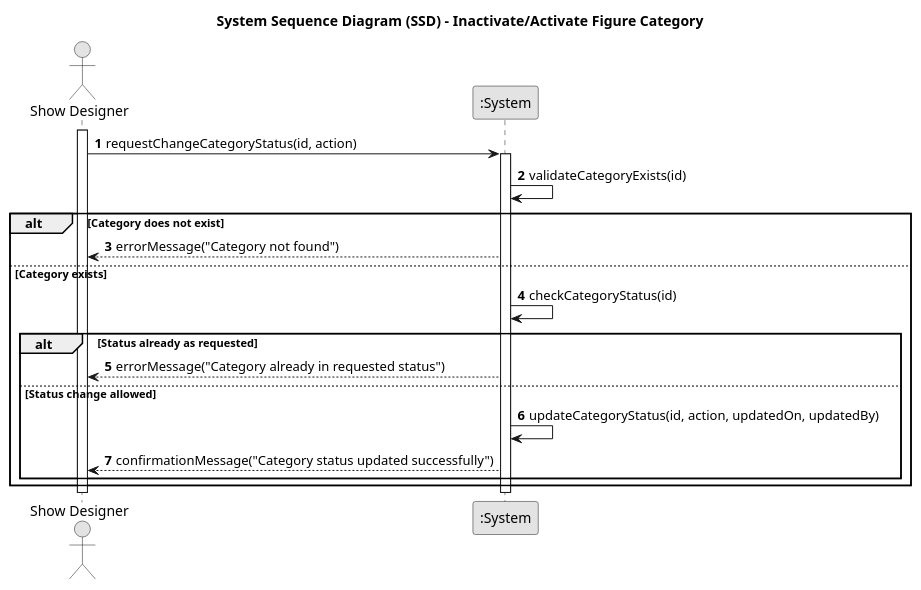
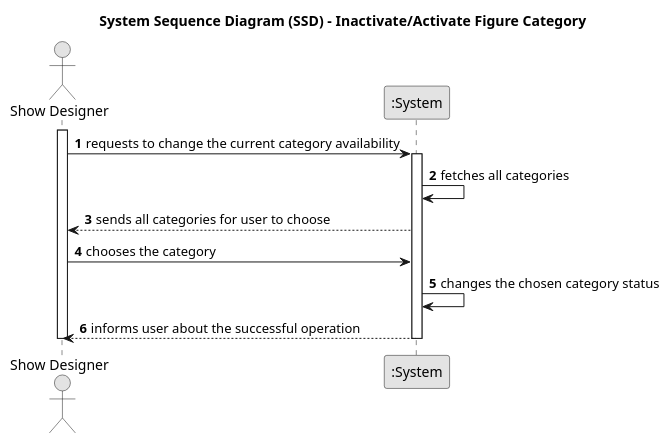
Before and after one commit to SAEmanuel/Shodrone_ISEP: the diagram in docs/planning/sprint2/EAPLI/US248 - InactivateActivate figure category/01.requirements-engineering/puml/us248-system-sequence-diagram.puml, drawn with PlantUML. The commit also changed 4 other files, not shown here.

```diff
--- a/docs/planning/sprint2/EAPLI/US248 - InactivateActivate figure category/01.requirements-engineering/puml/us248-system-sequence-diagram.puml
+++ b/docs/planning/sprint2/EAPLI/US248 - InactivateActivate figure category/01.requirements-engineering/puml/us248-system-sequence-diagram.puml
@@ -1,34 +1,29 @@
 @startuml
 skinparam monochrome true
 skinparam packageStyle rectangle
 skinparam shadowing false
 
 title System Sequence Diagram (SSD) - Inactivate/Activate Figure Category
 
 autonumber
 
 actor "Show Designer" as SD
 participant ":System" as System
 
 activate SD
 
-SD -> System: requestChangeCategoryStatus(id, action)
+SD -> System: requests to change the current category availability
 activate System
+System -> System: fetches all categories
+System --> SD: sends all categories for user to choose
 
-System -> System: validateCategoryExists(id)
-alt Category does not exist
-    System --> SD: errorMessage("Category not found")
-else Category exists
-    System -> System: checkCategoryStatus(id)
-    alt Status already as requested
-        System --> SD: errorMessage("Category already in requested status")
-    else Status change allowed
-        System -> System: updateCategoryStatus(id, action, updatedOn, updatedBy)
-        System --> SD: confirmationMessage("Category status updated successfully")
-    end
-end
+SD -> System: chooses the category
+System -> System: changes the chosen category status
+
+System --> SD: informs user about the successful operation
+
 
 deactivate System
 deactivate SD
 
 @enduml
```
